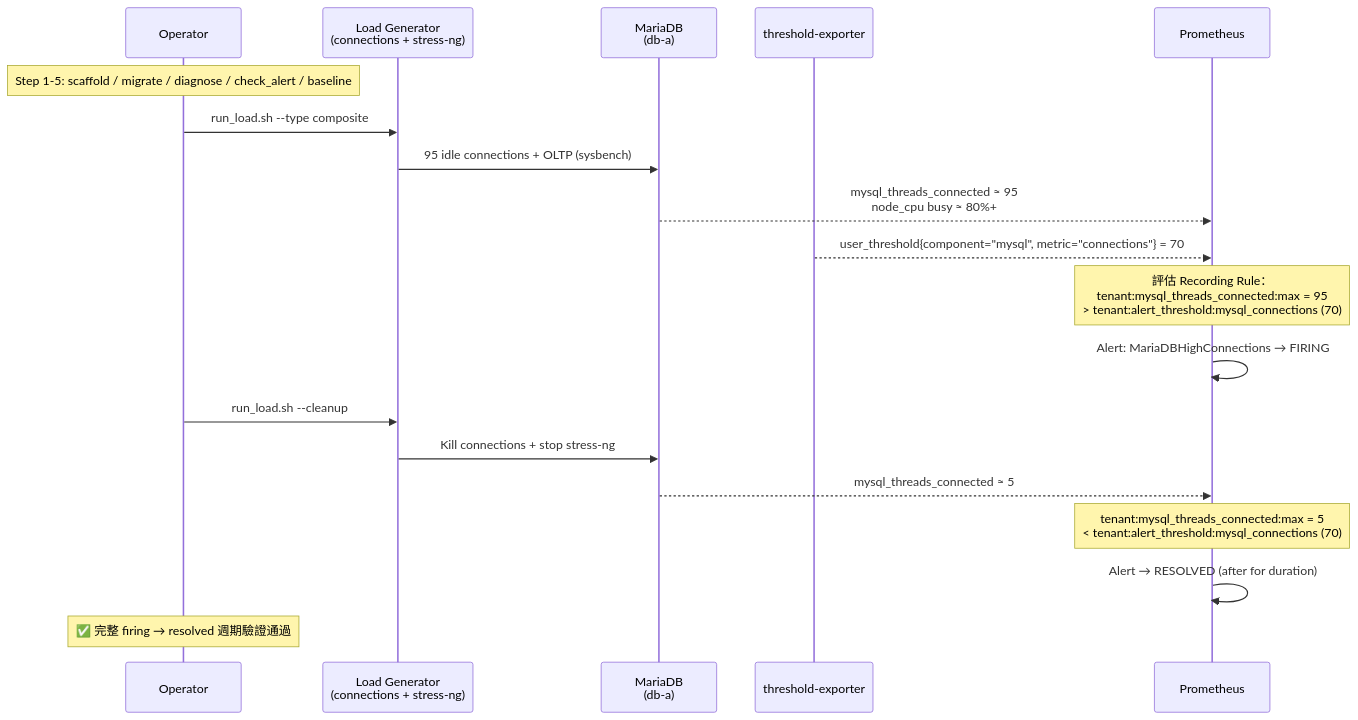
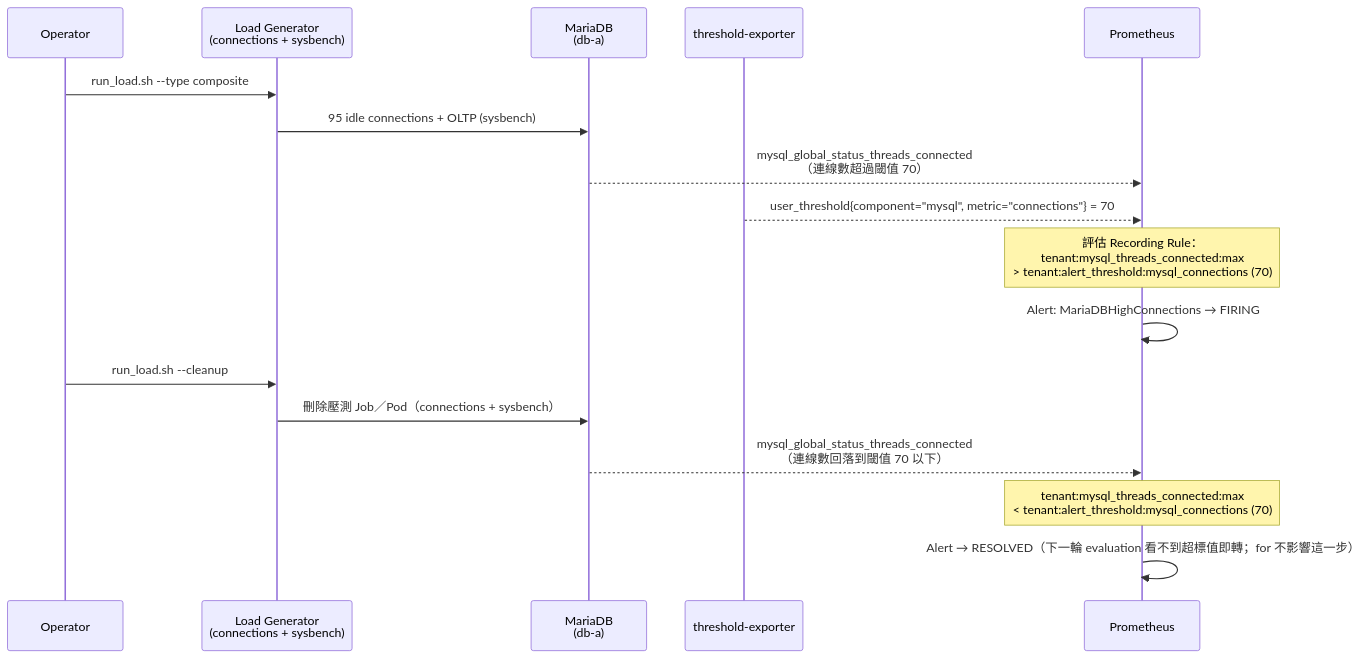
One commit to vencil/Dynamic-Alerting-Integrations changed the diagram in docs/scenarios/verified-scenarios.md. Above: the diagram before and after it, drawn with Mermaid. The commit also changed other lines of this file and 11 other files, not shown here.

````diff
--- a/docs/scenarios/verified-scenarios.md
+++ b/docs/scenarios/verified-scenarios.md
@@ -84,28 +95,25 @@
 ```mermaid
 sequenceDiagram
     participant Op as Operator
-    participant LG as Load Generator<br/>(connections + stress-ng)
+    participant LG as Load Generator<br/>(connections + sysbench)
     participant DB as MariaDB<br/>(db-a)
     participant TE as threshold-exporter
     participant PM as Prometheus
 
-    Note over Op: Step 1-5: scaffold / migrate / diagnose / check_alert / baseline
-
     Op->>LG: run_load.sh --type composite
     LG->>DB: 95 idle connections + OLTP (sysbench)
-    DB-->>PM: mysql_threads_connected ≈ 95<br/>node_cpu busy ≈ 80%+
+    DB-->>PM: mysql_global_status_threads_connected<br/>（連線數超過閾值 70）
     TE-->>PM: user_threshold{component="mysql", metric="connections"} = 70
 
-    Note over PM: 評估 Recording Rule：<br/>tenant:mysql_threads_connected:max = 95<br/>> tenant:alert_threshold:mysql_connections (70)
+    Note over PM: 評估 Recording Rule：<br/>tenant:mysql_threads_connected:max<br/>> tenant:alert_threshold:mysql_connections (70)
 
     PM->>PM: Alert: MariaDBHighConnections → FIRING
 
     Op->>LG: run_load.sh --cleanup
-    LG->>DB: Kill connections + stop stress-ng
-    DB-->>PM: mysql_threads_connected ≈ 5
+    LG->>DB: 刪除壓測 Job／Pod（connections + sysbench）
+    DB-->>PM: mysql_global_status_threads_connected<br/>（連線數回落到閾值 70 以下）
 
-    Note over PM: tenant:mysql_threads_connected:max = 5<br/>< tenant:alert_threshold:mysql_connections (70)
+    Note over PM: tenant:mysql_threads_connected:max<br/>< tenant:alert_threshold:mysql_connections (70)
 
-    PM->>PM: Alert → RESOLVED (after for duration)
-    Note over Op: ✅ 完整 firing → resolved 週期驗證通過
+    PM->>PM: Alert → RESOLVED（下一輪 evaluation 看不到超標值即轉；for 不影響這一步）
 ```
````
